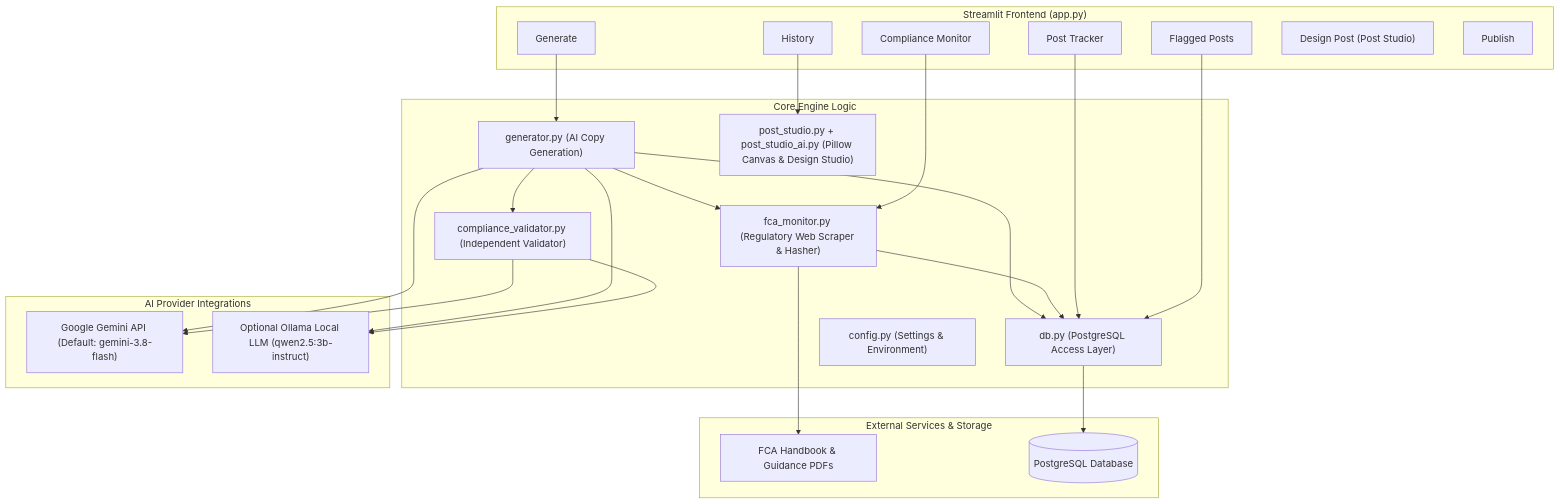
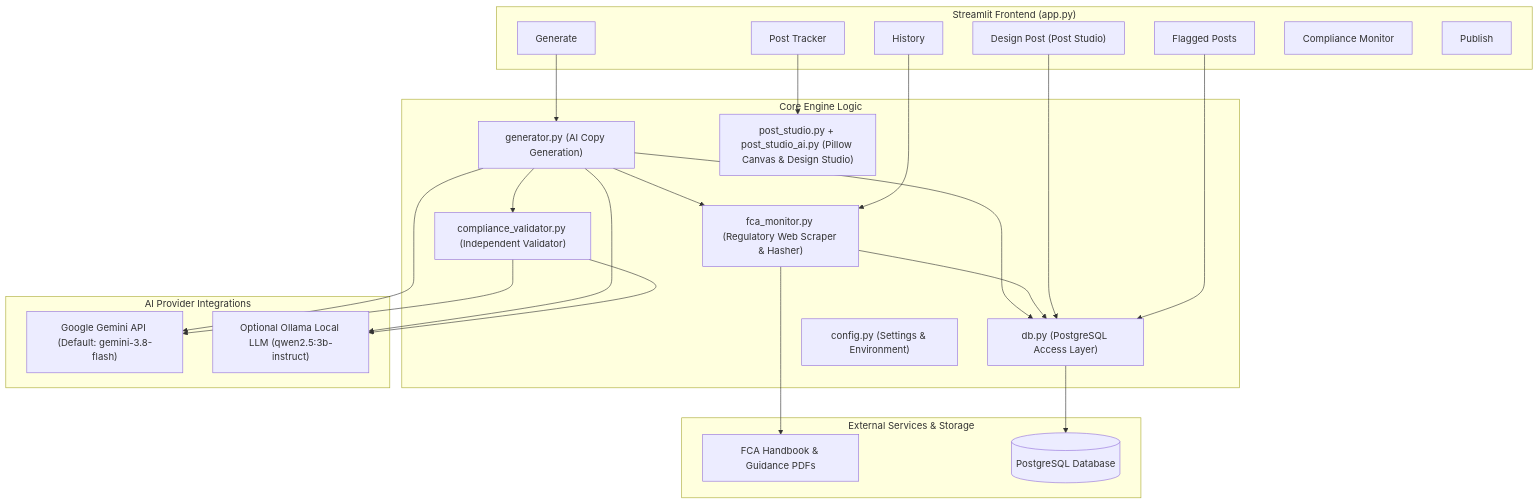
One commit to Humzah-kiani/fca_marketing_app changed the first of 2 diagrams in fca_marketing_app_documentation.md. Above: the diagram before and after it, drawn with Mermaid. The commit also changed other lines of this file and 3 other files, not shown here.

Commit message:
Improve post history and tracker navigation

````diff
--- a/fca_marketing_app_documentation.md
+++ b/fca_marketing_app_documentation.md
@@ -18,50 +18,50 @@
 ```mermaid
 flowchart TD
     subgraph UI ["Streamlit Frontend (app.py)"]
         T1["Generate"]
-        T2["History"]
-        T3["Post Tracker"]
-        T4["Compliance Monitor"]
+        T2["Post Tracker"]
+        T3["Design Post (Post Studio)"]
+        T4["History"]
         T5["Flagged Posts"]
-        T6["Design Post (Post Studio)"]
+        T6["Compliance Monitor"]
         T7["Publish"]
     end
 
     subgraph Core ["Core Engine Logic"]
         GEN["generator.py (AI Copy Generation)"]
         VAL["compliance_validator.py (Independent Validator)"]
         MON["fca_monitor.py (Regulatory Web Scraper & Hasher)"]
         PS["post_studio.py + post_studio_ai.py (Pillow Canvas & Design Studio)"]
         DB["db.py (PostgreSQL Access Layer)"]
         CFG["config.py (Settings & Environment)"]
     end
 
     subgraph AI ["AI Provider Integrations"]
         GEM["Google Gemini API (Default: gemini-3.8-flash)"]
         OLL["Optional Ollama Local LLM (qwen2.5:3b-instruct)"]
     end
 
     subgraph External ["External Services & Storage"]
         FCA_WEB["FCA Handbook & Guidance PDFs"]
         PG_DB[("PostgreSQL Database")]
     end
 
     T1 --> GEN
     GEN --> MON
     GEN --> GEM
     GEN --> OLL
     GEN --> VAL
     VAL --> GEM
     VAL --> OLL
     GEN --> DB
     
     T2 --> PS
     
     T4 --> MON
     MON --> FCA_WEB
     MON --> DB
     
     T3 --> DB
     T5 --> DB
     DB --> PG_DB
 ```
````
